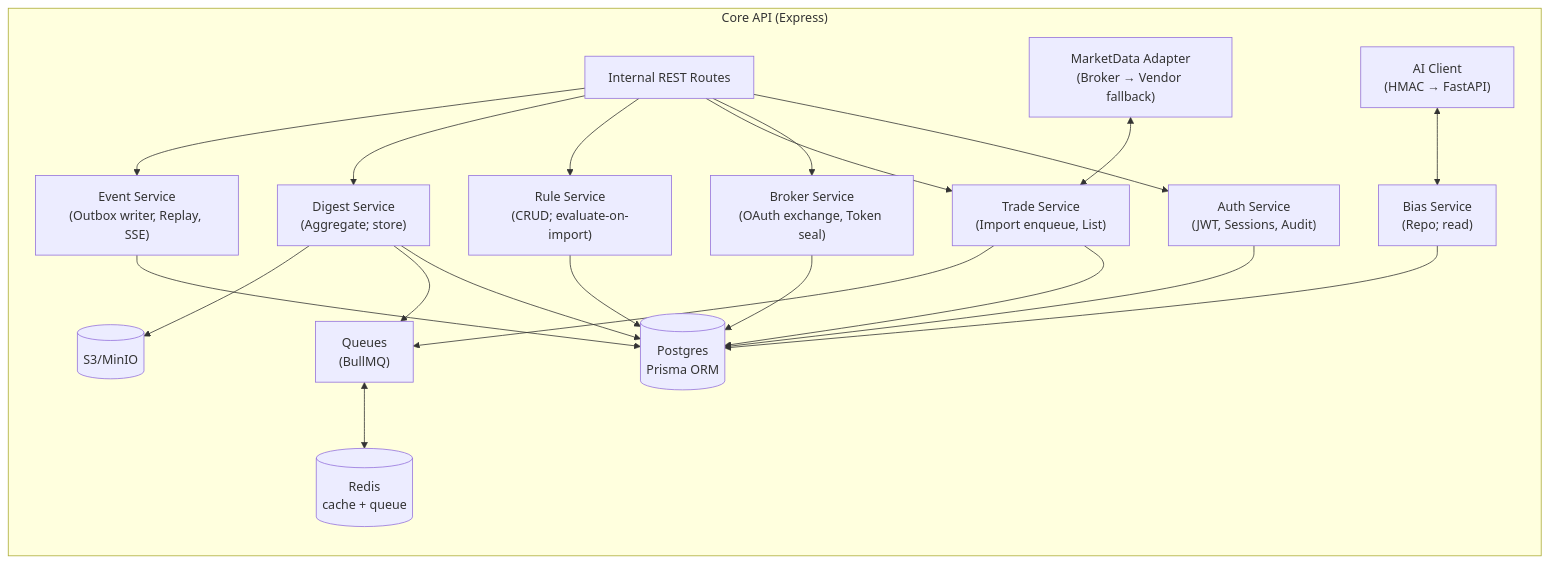
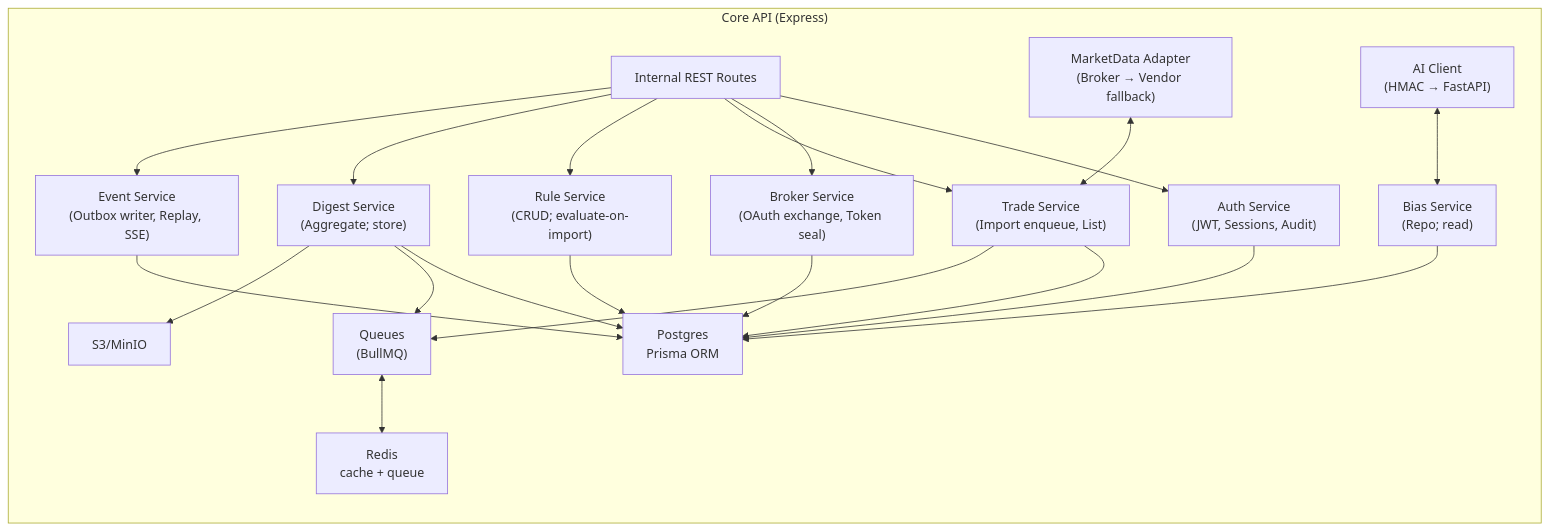
Before and after one commit to gorydummy/alterego.trade: the first of 4 diagrams in plan-05-core-api.md, drawn with Mermaid.

````diff
--- a/plan-05-core-api.md
+++ b/plan-05-core-api.md
@@ -24,34 +24,34 @@
 ```mermaid
 flowchart LR
   subgraph Core["Core API (Express)"]
     ROUTES["Internal REST Routes"]
-    AUTH["Auth Service\n(JWT, Sessions, Audit)"]
-    BROKERS["Broker Service\n(OAuth exchange, Token seal)"]
-    TRADES["Trade Service\n(Import enqueue, List)"]
-    BIAS["Bias Service\n(Repo; read)"]
-    RULES["Rule Service\n(CRUD; evaluate-on-import)"]
-    DIGEST["Digest Service\n(Aggregate; store)"]
-    EVENTS["Event Service\n(Outbox writer, Replay, SSE)"]
-    MD["MarketData Adapter\n(Broker → Vendor fallback)"]
-    AI["AI Client\n(HMAC → FastAPI)"]
-    Q["Queues\n(BullMQ)"]
-    DB[("Postgres\nPrisma ORM")]
-    REDIS[("Redis\ncache + queue")]
-    S3[("S3/MinIO")]
+    AUTH["Auth Service<br>(JWT, Sessions, Audit)"]
+    BROKERS["Broker Service<br>(OAuth exchange, Token seal)"]
+    TRADES["Trade Service<br>(Import enqueue, List)"]
+    BIAS["Bias Service<br>(Repo; read)"]
+    RULES["Rule Service<br>(CRUD; evaluate-on-import)"]
+    DIGEST["Digest Service<br>(Aggregate; store)"]
+    EVENTS["Event Service<br>(Outbox writer, Replay, SSE)"]
+    MD["MarketData Adapter<br>(Broker → Vendor fallback)"]
+    AI["AI Client<br>(HMAC → FastAPI)"]
+    Q["Queues<br>(BullMQ)"]
+    DB["Postgres<br>Prisma ORM"]
+    REDIS["Redis<br>cache + queue"]
+    S3["S3/MinIO"]
   end
 
   ROUTES --> AUTH & BROKERS & TRADES & RULES & DIGEST & EVENTS
   AUTH --> DB
   BROKERS --> DB
   TRADES --> DB
   BIAS --> DB
   RULES --> DB
   DIGEST --> DB
   EVENTS --> DB
   TRADES --> Q
   DIGEST --> Q
   MD <--> TRADES
   AI <--> BIAS
   Q <--> REDIS
   DIGEST --> S3
 ```
````
